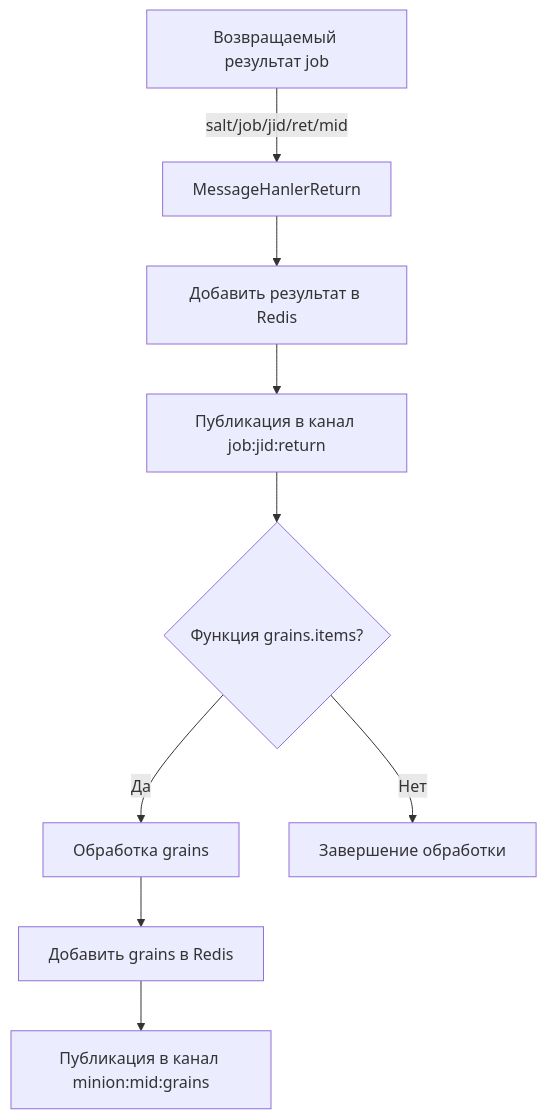
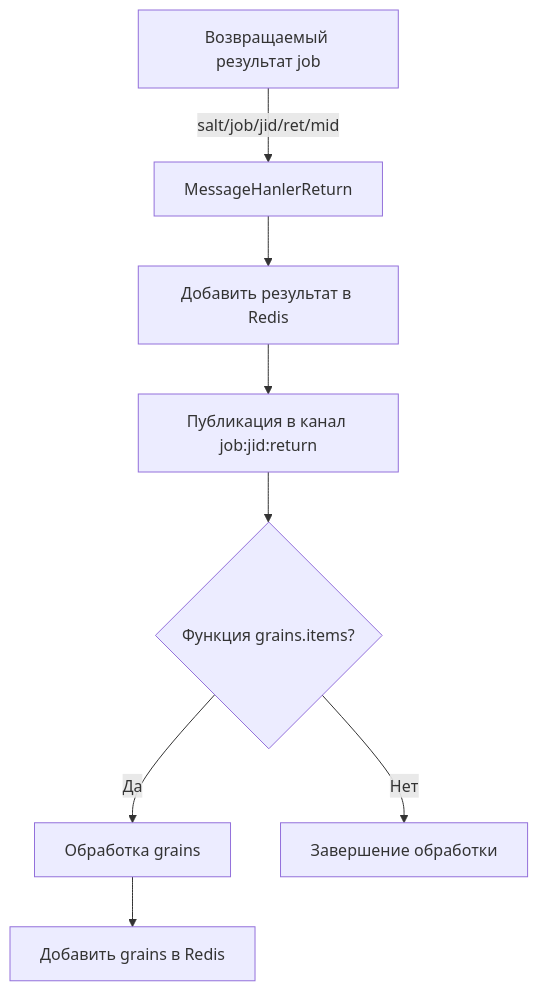
The second of 2 diagrams in engines/README.md (KegsZooL/saltbox-bridge), drawn with Mermaid before and after one commit. The commit also changed other lines of this file and 2 other files, not shown here.

Commit message:
- Publishing grains to redis hash

````diff
--- a/engines/README.md
+++ b/engines/README.md
@@ -188,11 +160,10 @@
 ```mermaid
 graph TD
     A[Возвращаемый результат job] -->|salt/job/jid/ret/mid| B[MessageHanlerReturn]
     B --> C[Добавить результат в Redis]
     C --> D[Публикация в канал job:jid:return]
     D --> E{Функция grains.items?}
     E -->|Да| F[Обработка grains]
     E -->|Нет| G[Завершение обработки]
     F --> H[Добавить grains в Redis]
-    H --> I[Публикация в канал minion:mid:grains]
 ```
````
